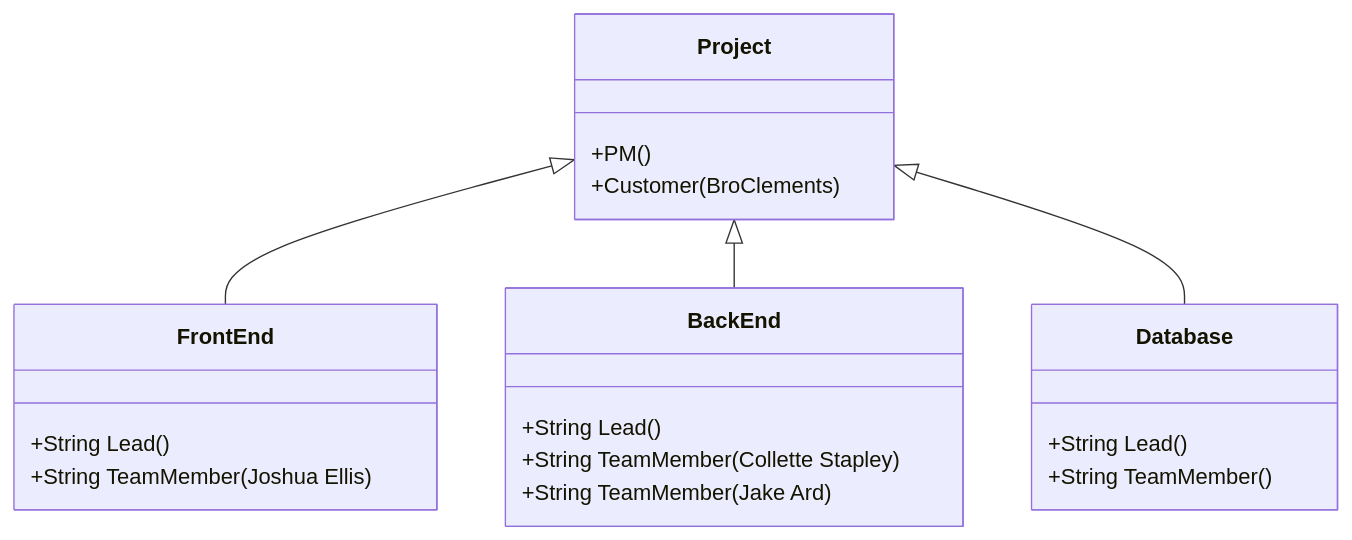
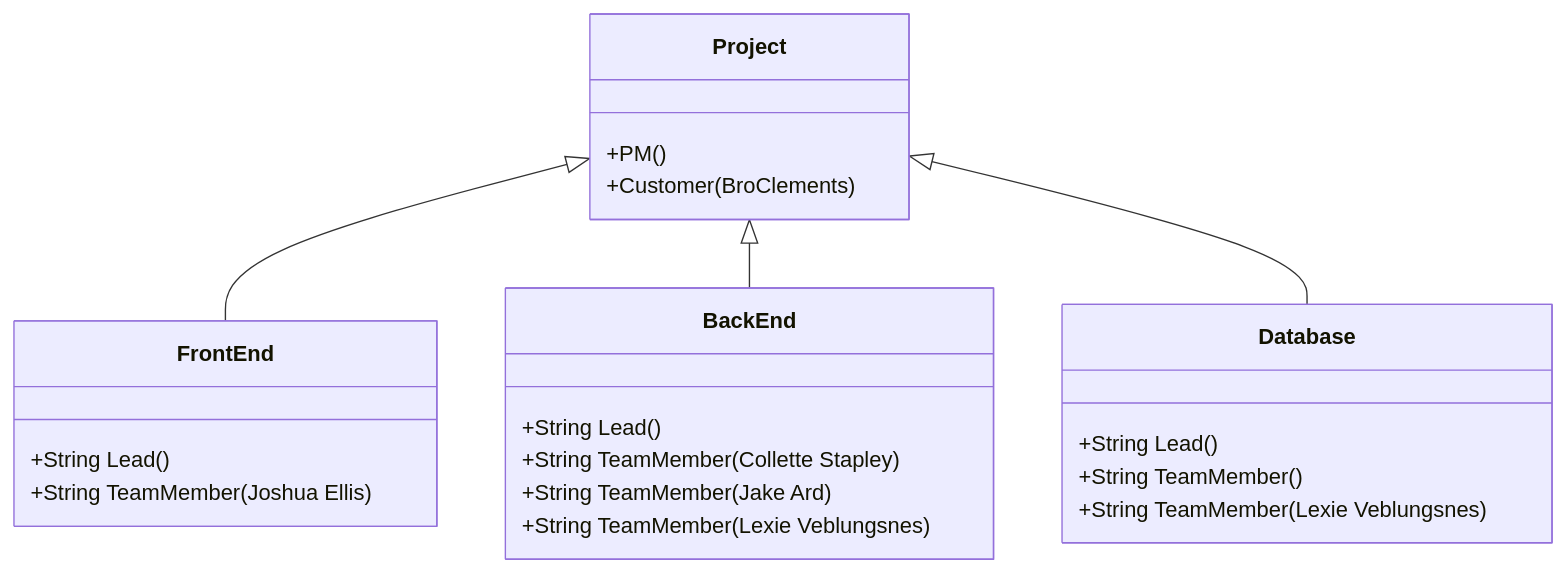
The second of 2 diagrams in project/org/OrganizationChart.md (anrj2/2024SprCSE397PCP), drawn with Mermaid before and after one commit. The commit also changed other lines of this file, not shown here.

````diff
--- a/project/org/OrganizationChart.md
+++ b/project/org/OrganizationChart.md
@@ -26,23 +27,25 @@
 ```mermaid
 classDiagram
       Project <|-- FrontEnd
       Project <|-- BackEnd
       Project <|-- Database
       Project : +PM()
       Project : +Customer(BroClements)
       class FrontEnd{
           +String Lead()
           +String TeamMember(Joshua Ellis)
 
       }
       class BackEnd{
           +String Lead()
           +String TeamMember(Collette Stapley)
           +String TeamMember(Jake Ard)
+          +String TeamMember(Lexie Veblungsnes)
 
       }
       class Database{
           +String Lead()
           +String TeamMember()
+          +String TeamMember(Lexie Veblungsnes)
       }
 ```
````
